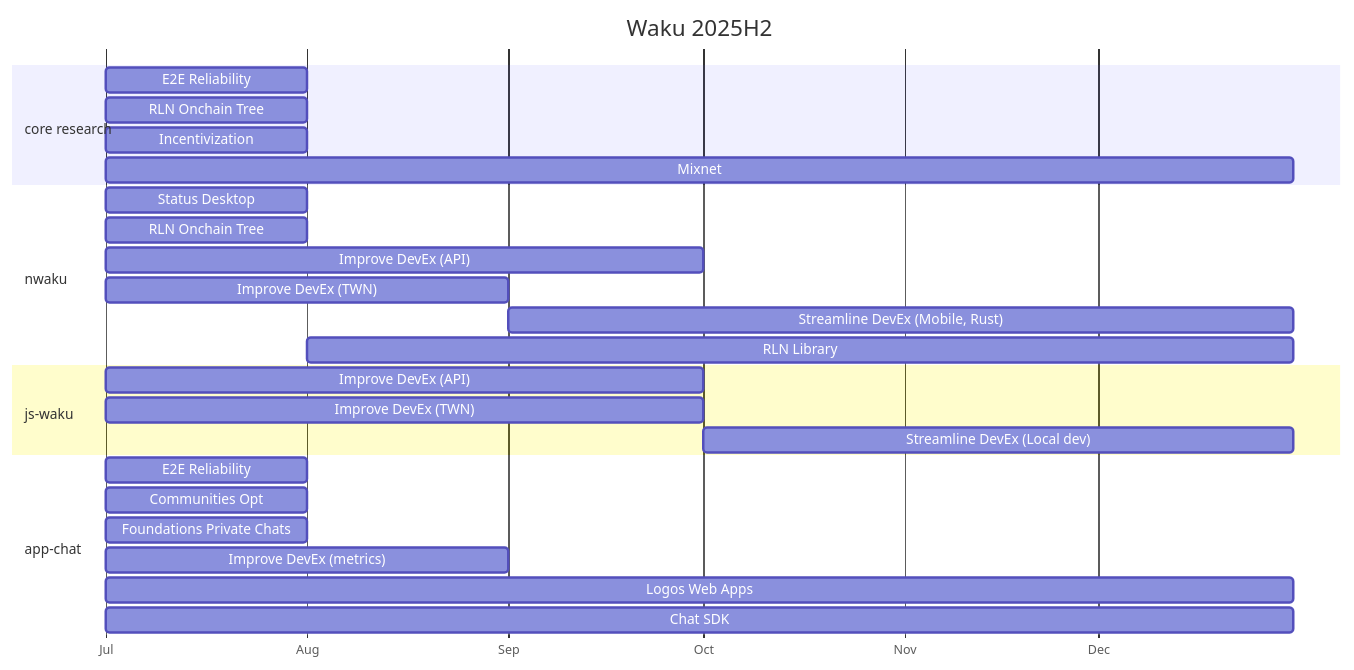
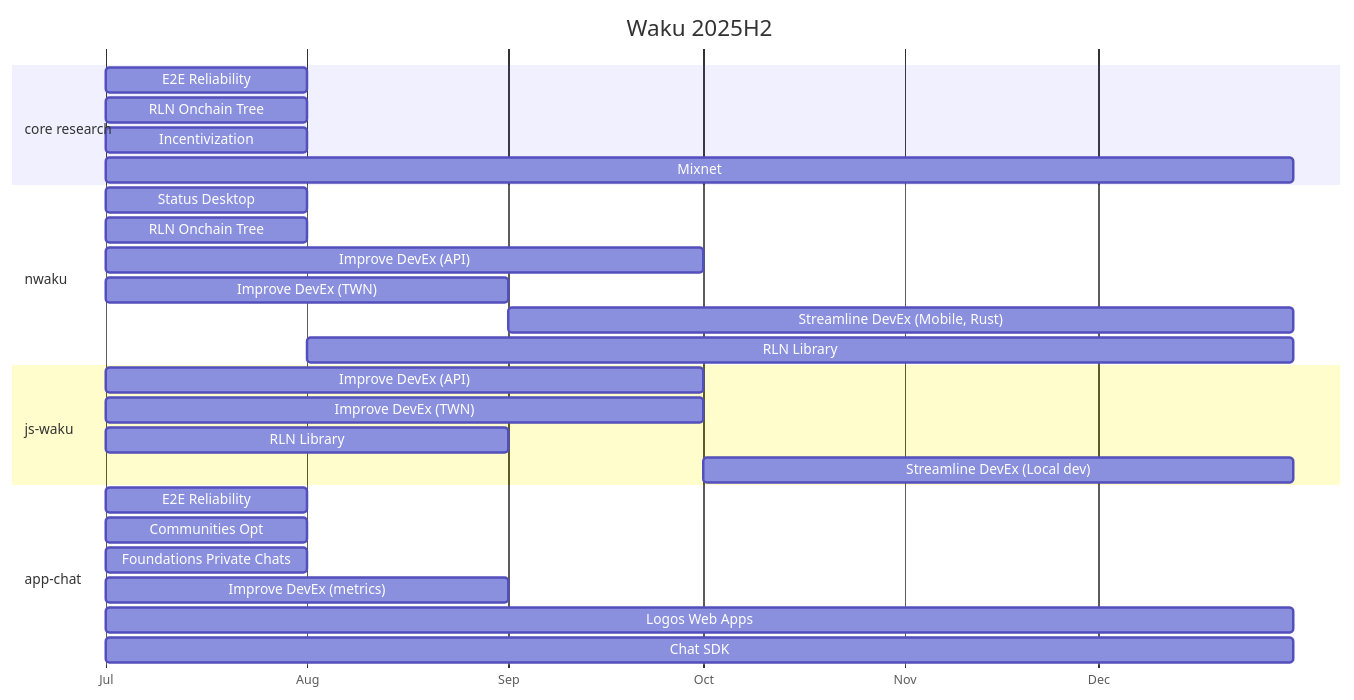
Before and after one commit to waku-org/pm: the diagram in draft-roadmap/README.md, drawn with Mermaid. The commit also changed 1 other file, not shown here.

Commit message:
include rln lib js-waku estimate

````diff
--- a/draft-roadmap/README.md
+++ b/draft-roadmap/README.md
@@ -111,29 +111,30 @@
 ```mermaid
 gantt
     title Waku 2025H2
     dateFormat YYYY-MM-DD
     axisFormat %b
     section core research
         E2E Reliability: 2025-07-01, 2025-08-01
         RLN Onchain Tree: 2025-07-01, 2025-08-01
         Incentivization: 2025-07-01, 2025-08-01
         Mixnet: 2025-07-01, 2025-12-31
     section nwaku
         Status Desktop: 2025-07-01, 2025-08-01
         RLN Onchain Tree: 2025-07-01, 2025-08-01
         Improve DevEx (API): 2025-07-01, 2025-10-01
         Improve DevEx (TWN): 2025-07-01, 2025-09-01
         Streamline DevEx (Mobile, Rust): 2025-09-01, 2025-12-31
         RLN Library: 2025-08-01, 2025-12-31
     section js-waku
         Improve DevEx (API): 2025-07-01, 2025-10-01
         Improve DevEx (TWN): 2025-07-01, 2025-10-01
+        RLN Library: 2025-07-01, 2025-09-01
         Streamline DevEx (Local dev): 2025-10-01, 2025-12-31
     section app-chat
         E2E Reliability: 2025-07-01, 2025-08-01
         Communities Opt: 2025-07-01, 2025-08-01
         Foundations Private Chats: 2025-07-01, 2025-08-01
         Improve DevEx (metrics): 2025-07-01, 2025-09-01
         Logos Web Apps: 2025-07-01, 2025-12-31
         Chat SDK: 2025-07-01, 2025-12-31
 ```
````
